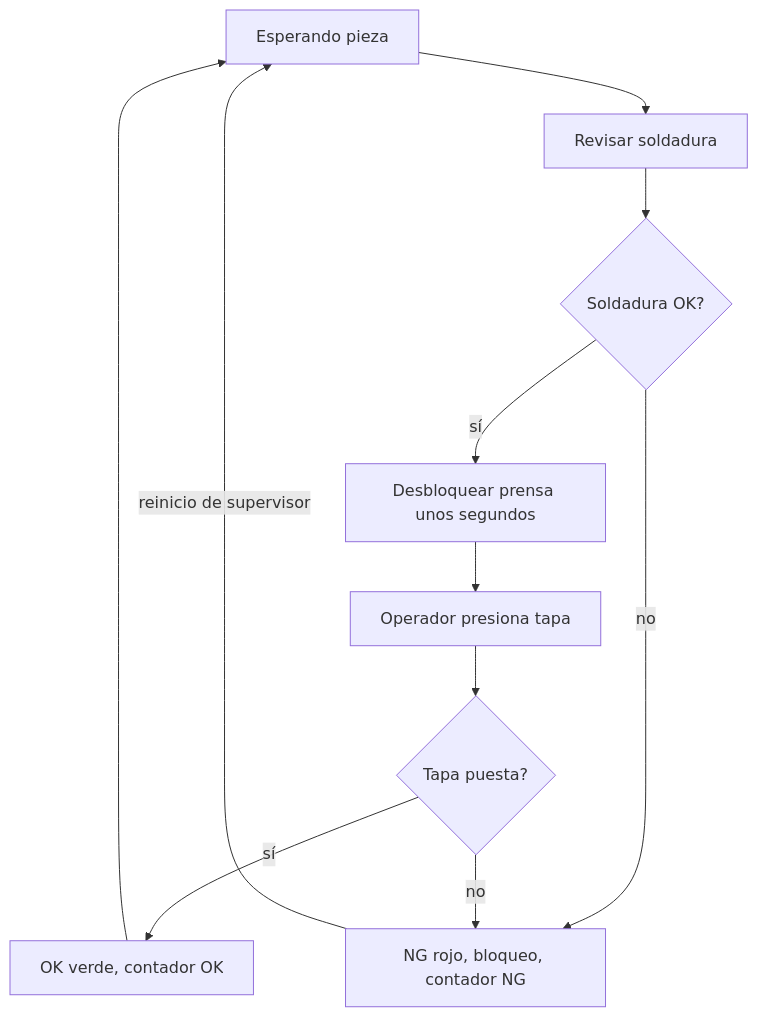
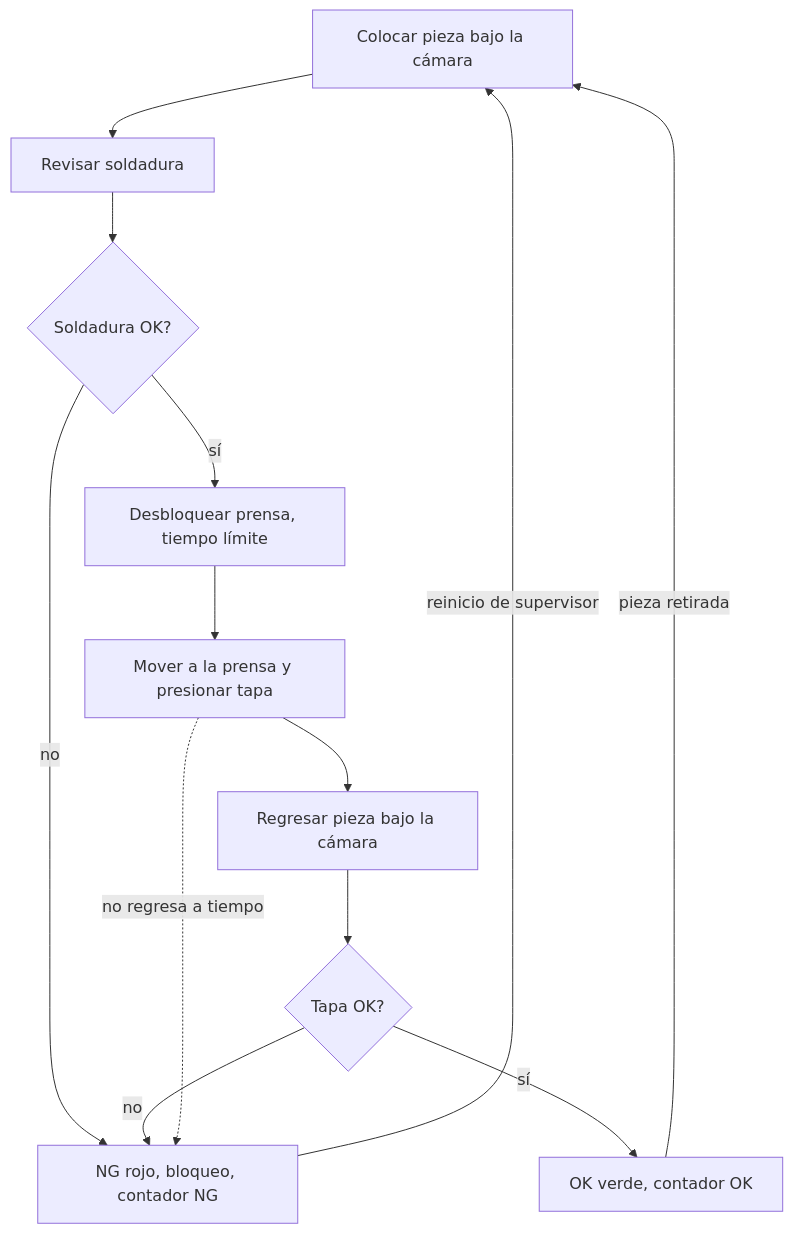
The second of 4 diagrams in docs/02-diagramas.md (ricardosalmeron71-png/inspeccion-vision-solder-cap), drawn with Mermaid before and after one commit. The commit also changed other lines of this file and 16 other files, not shown here.

First line of the commit message:
Agrega fuente RD-65A y corrige el flujo: cámara fija hacia abajo, pieza se mueve a la prensa y regresa

````diff
--- a/docs/02-diagramas.md
+++ b/docs/02-diagramas.md
@@ -17,13 +17,15 @@
 ```mermaid
 flowchart TD
-    A[Esperando pieza] --> B[Revisar soldadura]
+    A[Colocar pieza bajo la cámara] --> B[Revisar soldadura]
     B --> C{Soldadura OK?}
-    C -- sí --> D[Desbloquear prensa unos segundos]
     C -- no --> NG[NG rojo, bloqueo, contador NG]
-    D --> E[Operador presiona tapa]
-    E --> F{Tapa puesta?}
-    F -- sí --> OK[OK verde, contador OK]
-    F -- no --> NG
-    OK --> A
+    C -- sí --> D[Desbloquear prensa, tiempo límite]
+    D --> E[Mover a la prensa y presionar tapa]
+    E --> F[Regresar pieza bajo la cámara]
+    F --> G{Tapa OK?}
+    G -- sí --> OK[OK verde, contador OK]
+    G -- no --> NG
+    E -. no regresa a tiempo .-> NG
+    OK -->|pieza retirada| A
     NG -->|reinicio de supervisor| A
 ```
````
